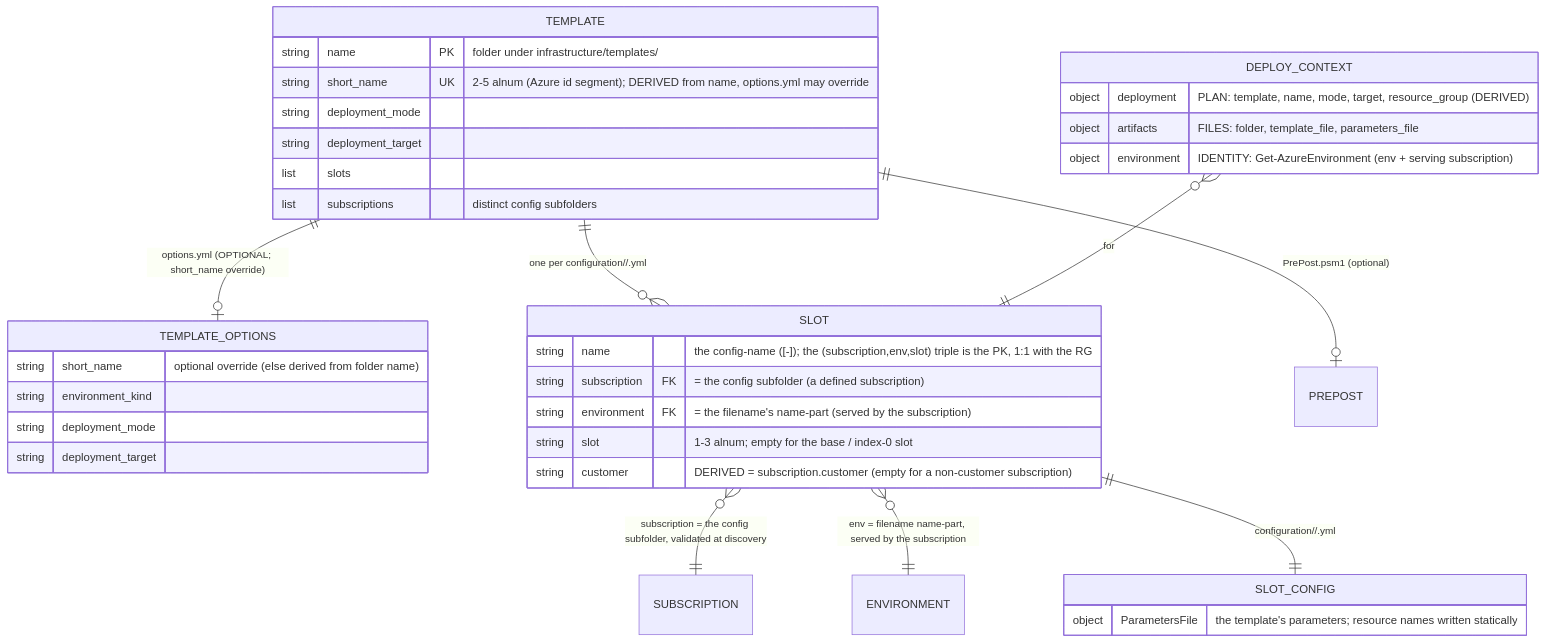
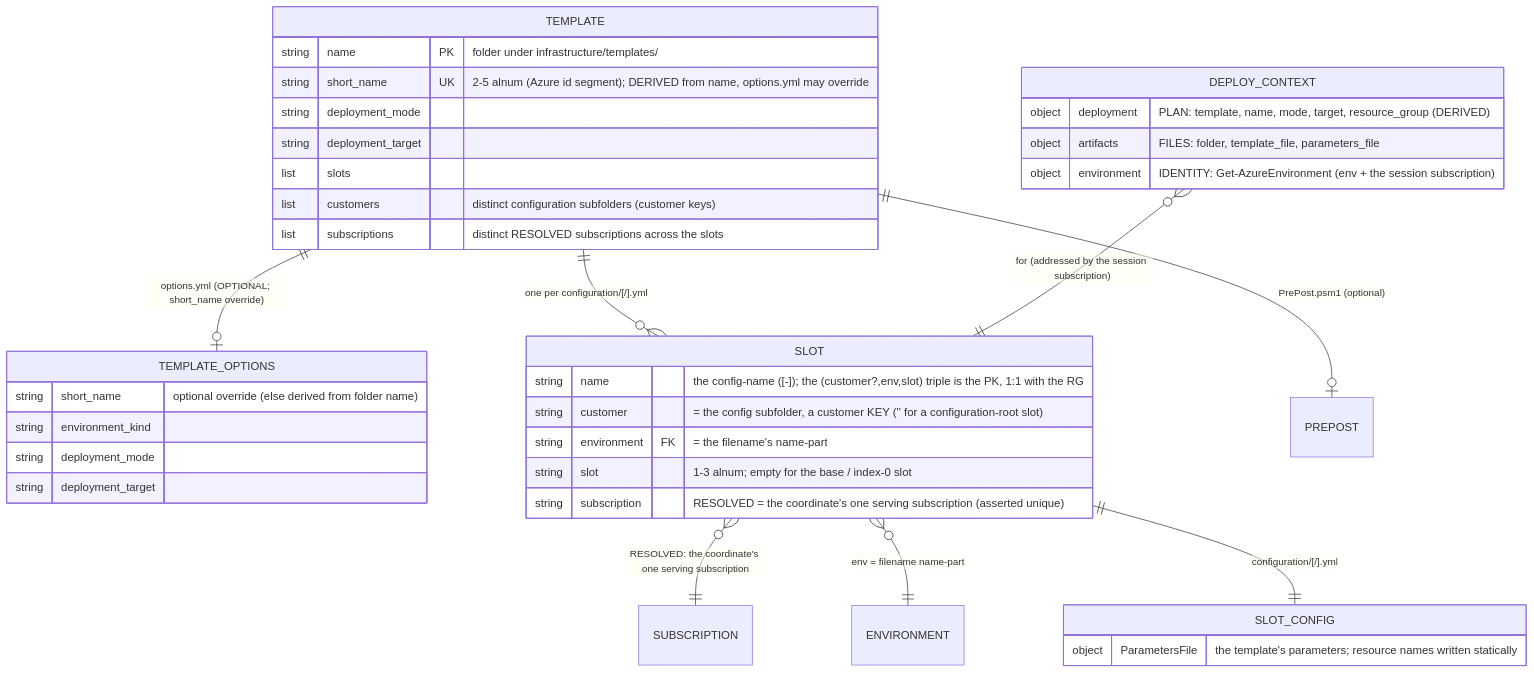
Before and after one commit to casperease/catzc: the second of 2 diagrams in docs/adr/azure/data-model.md, drawn with Mermaid. The commit also changed other lines of this file and 29 other files, not shown here.

````diff
--- a/docs/adr/azure/data-model.md
+++ b/docs/adr/azure/data-model.md
@@ -173,40 +187,41 @@
 ```mermaid
 erDiagram
     TEMPLATE ||--o| TEMPLATE_OPTIONS : "options.yml (OPTIONAL; short_name override)"
-    TEMPLATE ||--o{ SLOT            : "one per configuration/<subscription>/<config>.yml"
+    TEMPLATE ||--o{ SLOT            : "one per configuration/[<customer>/]<config>.yml"
     TEMPLATE ||--o| PREPOST         : "PrePost.psm1 (optional)"
-    SLOT     }o--|| SUBSCRIPTION     : "subscription = the config subfolder, validated at discovery"
-    SLOT     }o--|| ENVIRONMENT     : "env = filename name-part, served by the subscription"
-    DEPLOY_CONTEXT }o--|| SLOT       : for
-    SLOT     ||--|| SLOT_CONFIG      : "configuration/<subscription>/<config>.yml"
+    SLOT     }o--|| SUBSCRIPTION     : "RESOLVED: the coordinate's one serving subscription"
+    SLOT     }o--|| ENVIRONMENT     : "env = filename name-part"
+    DEPLOY_CONTEXT }o--|| SLOT       : "for (addressed by the session subscription)"
+    SLOT     ||--|| SLOT_CONFIG      : "configuration/[<customer>/]<config>.yml"
 
     TEMPLATE {
         string name       PK "folder under infrastructure/templates/"
         string short_name UK "2-5 alnum (Azure id segment); DERIVED from name, options.yml may override"
         string deployment_mode
         string deployment_target
         list   slots
-        list   subscriptions "distinct config subfolders"
+        list   customers "distinct configuration subfolders (customer keys)"
+        list   subscriptions "distinct RESOLVED subscriptions across the slots"
     }
     TEMPLATE_OPTIONS {
         string short_name      "optional override (else derived from folder name)"
         string environment_kind
         string deployment_mode
         string deployment_target
     }
     SLOT {
-        string name         "the config-name (<env>[-<slot>]); the (subscription,env,slot) triple is the PK, 1:1 with the RG"
-        string subscription FK "= the config subfolder (a defined subscription)"
-        string environment  FK "= the filename's name-part (served by the subscription)"
+        string name         "the config-name (<env>[-<slot>]); the (customer?,env,slot) triple is the PK, 1:1 with the RG"
+        string customer     "= the config subfolder, a customer KEY ('' for a configuration-root slot)"
+        string environment  FK "= the filename's name-part"
         string slot         "1-3 alnum; empty for the base / index-0 slot"
-        string customer     "DERIVED = subscription.customer (empty for a non-customer subscription)"
+        string subscription "RESOLVED = the coordinate's one serving subscription (asserted unique)"
     }
     SLOT_CONFIG {
         object ParametersFile "the template's parameters; resource names written statically"
     }
     DEPLOY_CONTEXT {
         object deployment  "PLAN: template, name, mode, target, resource_group (DERIVED)"
         object artifacts   "FILES: folder, template_file, parameters_file"
-        object environment "IDENTITY: Get-AzureEnvironment (env + serving subscription)"
+        object environment "IDENTITY: Get-AzureEnvironment (env + the session subscription)"
     }
 ```
````
